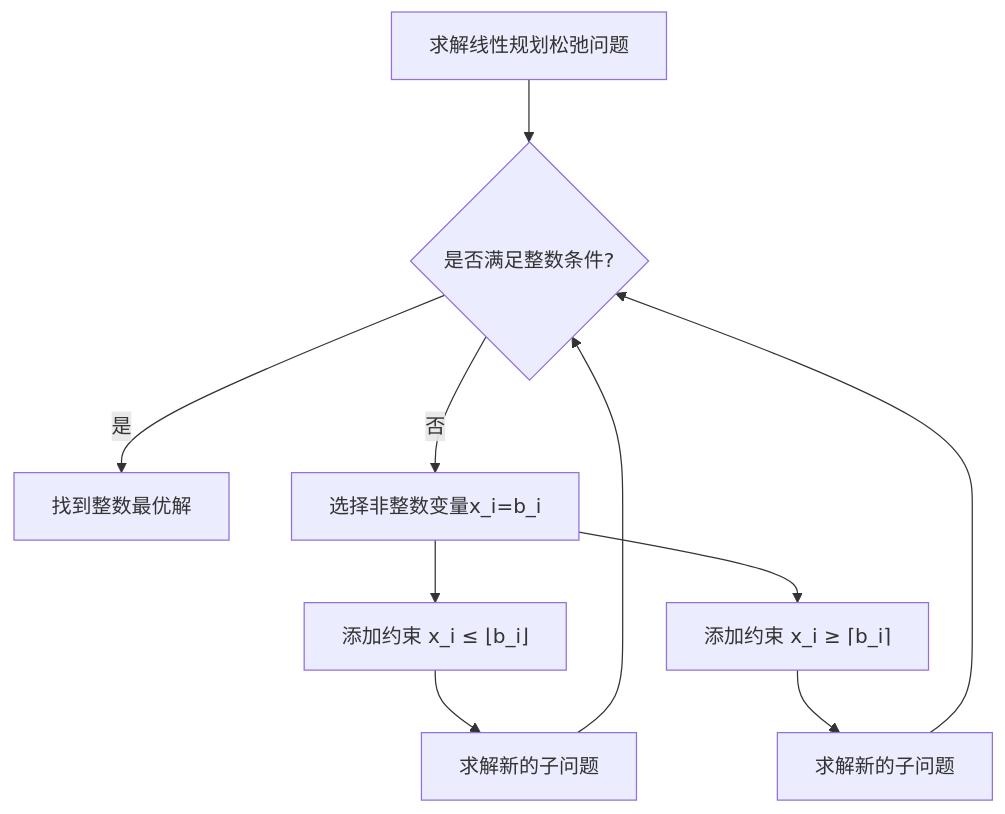
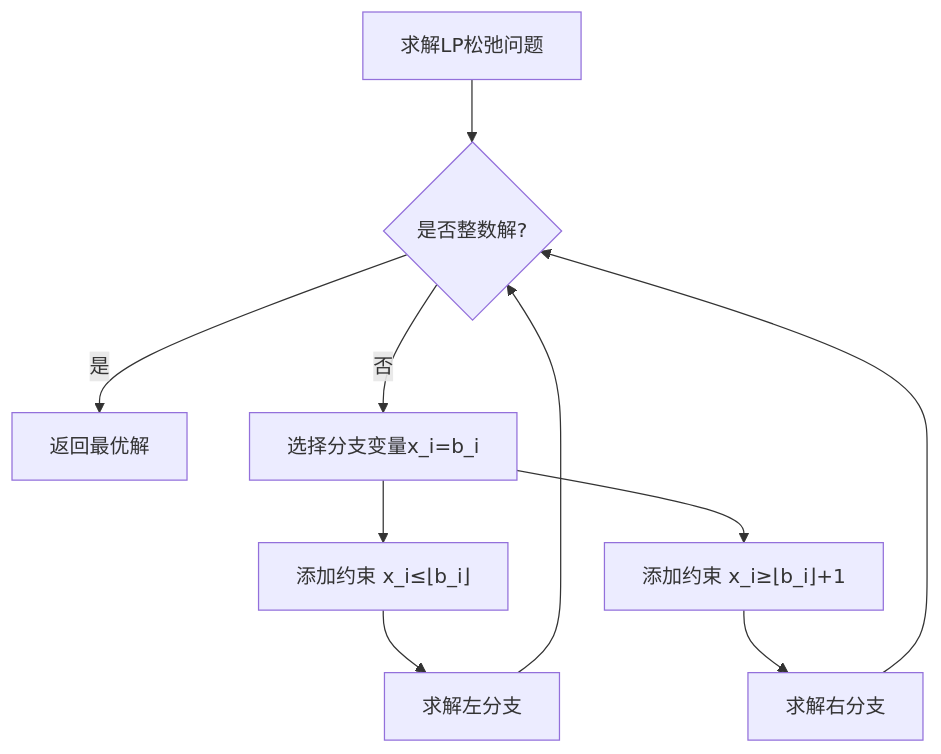
One commit to Coresen-x/math-model changed the diagram in hyqqqqqqqqqqqqqqqqq/Day 2/README.md. Above: the diagram before and after it, drawn with Mermaid.

````diff
--- a/hyqqqqqqqqqqqqqqqqq/Day 2/README.md
+++ b/hyqqqqqqqqqqqqqqqqq/Day 2/README.md
@@ -78,12 +78,12 @@
 ```mermaid
 graph TD
-    A[求解线性规划松弛问题] --> B{是否满足整数条件?}
-    B -->|是| C[找到整数最优解]
-    B -->|否| D[选择非整数变量x_i=b_i]
-    D --> E[添加约束 x_i ≤ ⌊b_i⌋]
-    D --> F[添加约束 x_i ≥ ⌈b_i⌉]
-    E --> G[求解新的子问题]
-    F --> H[求解新的子问题]
+    A[求解LP松弛问题] --> B{是否整数解?}
+    B -->|是| C[返回最优解]
+    B -->|否| D[选择分支变量x_i=b_i]
+    D --> E[添加约束 x_i≤⌊b_i⌋]
+    D --> F[添加约束 x_i≥⌊b_i⌋+1]
+    E --> G[求解左分支]
+    F --> H[求解右分支]
     G --> B
     H --> B
 ```
````
